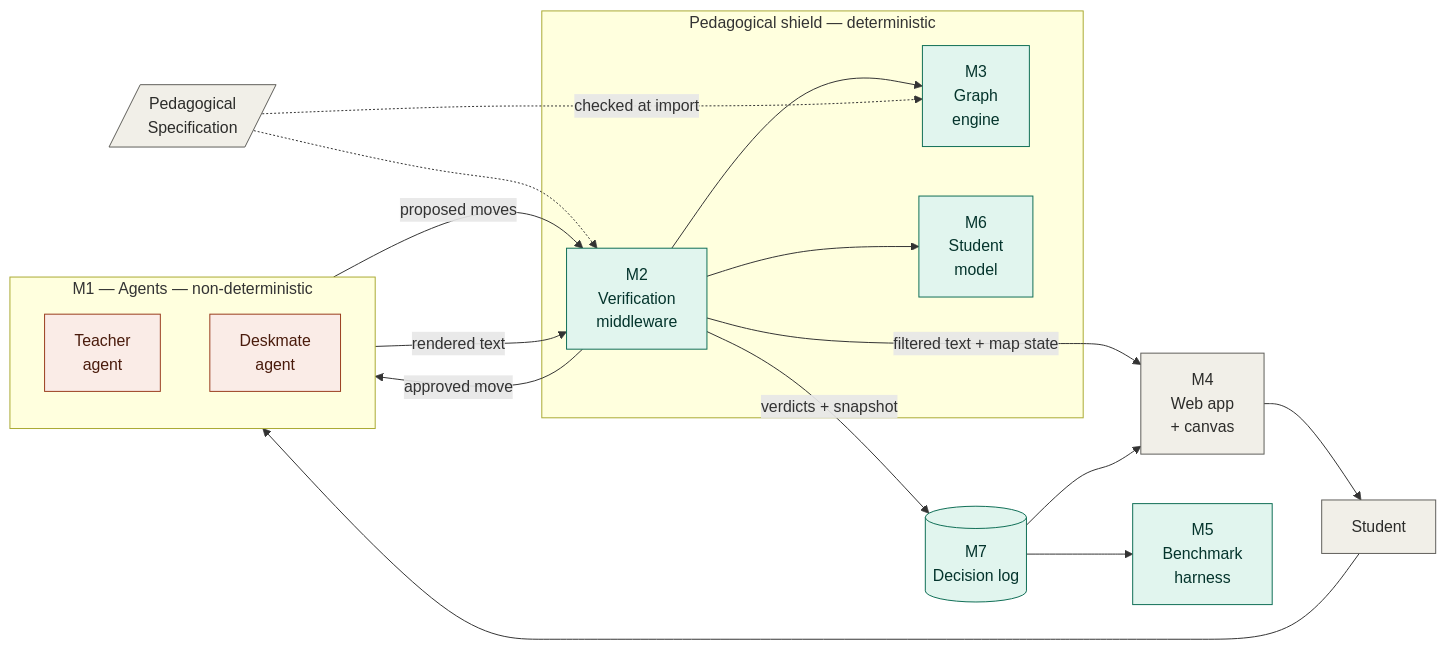
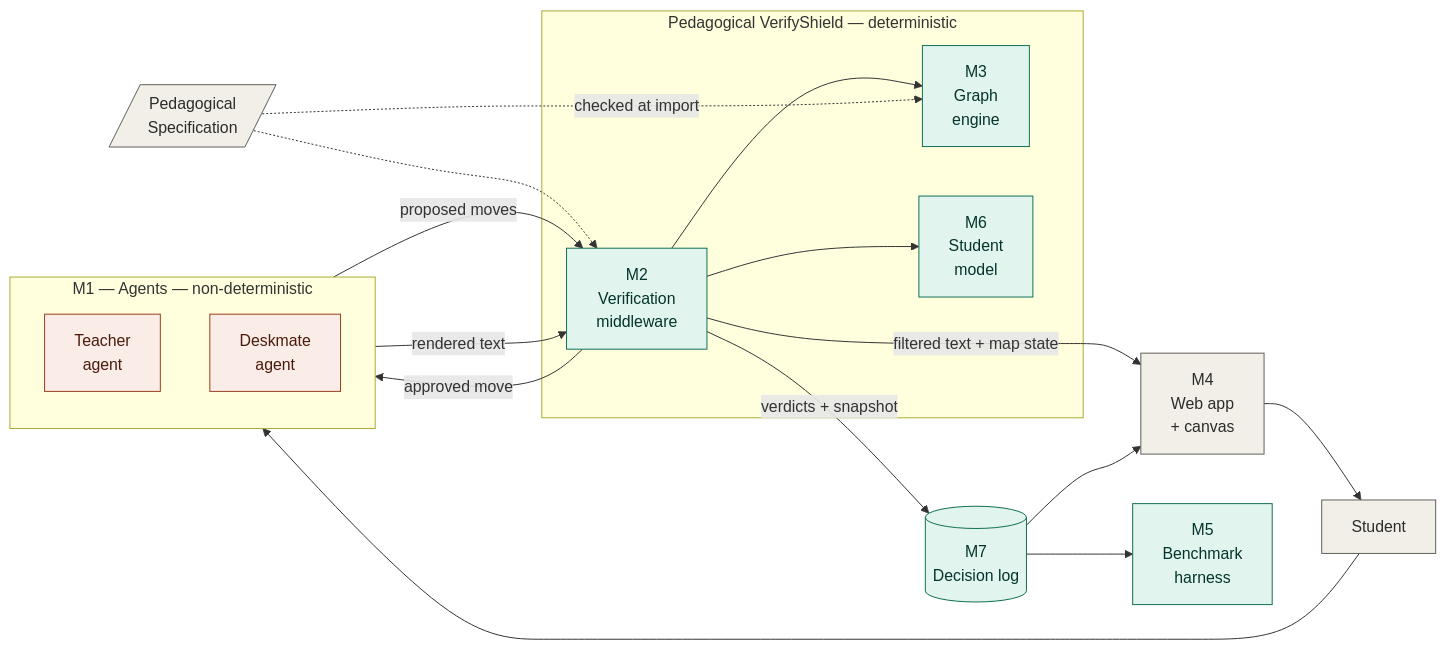
The diagram in system_research/Architecture.md (Bill2926/COS40005_HN9_Verifiable_Co-Learner_Agent), drawn with Mermaid before and after one commit. The commit also changed other lines of this file and 54 other files, not shown here.

````diff
--- a/system_research/Architecture.md
+++ b/system_research/Architecture.md
@@ -74,42 +74,42 @@
 ```mermaid
 flowchart LR
     IN["Student"]
 
     subgraph AG["M1 — Agents — non-deterministic"]
         TA["Teacher<br/>agent"]
         DA["Deskmate<br/>agent"]
     end
 
-    subgraph SH["Pedagogical shield — deterministic"]
+    subgraph SH["Pedagogical VerifyShield — deterministic"]
         M2["M2<br/>Verification<br/>middleware"]
         M3["M3<br/>Graph<br/>engine"]
         M6["M6<br/>Student<br/>model"]
     end
 
     SPEC[/"Pedagogical<br/>Specification"/]
     M4["M4<br/>Web app<br/>+ canvas"]
     M7[("M7<br/>Decision log")]
     M5["M5<br/>Benchmark<br/>harness"]
 
     IN --> AG
     AG -->|proposed moves| M2
     SPEC -.-> M2
     M2 --> M3
     M2 --> M6
     M2 -->|approved move| AG
     AG -->|rendered text| M2
     M2 -->|filtered text + map state| M4
     M4 --> IN
     M2 -->|verdicts + snapshot| M7
     M7 --> M5
     M7 --> M4
     SPEC -.->|checked at import| M3
 
     classDef nondet fill:#FAECE7,stroke:#993C1D,color:#4A1B0C
     classDef det fill:#E1F5EE,stroke:#0F6E56,color:#04342C
     classDef plain fill:#F1EFE8,stroke:#5F5E5A,color:#2C2C2A
 
     class TA,DA nondet
     class M2,M3,M6,M5,M7 det
     class M4,IN,SPEC plain
 ```
````
